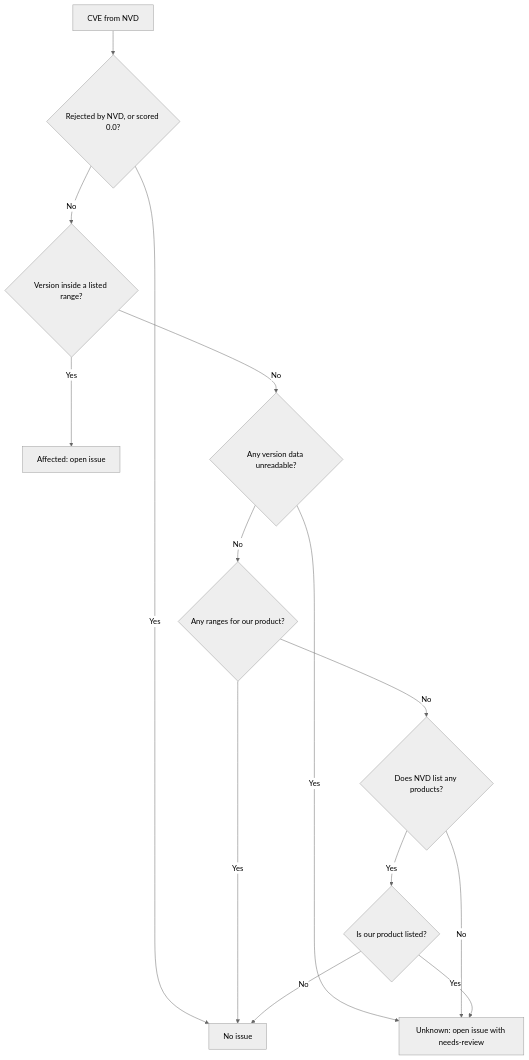
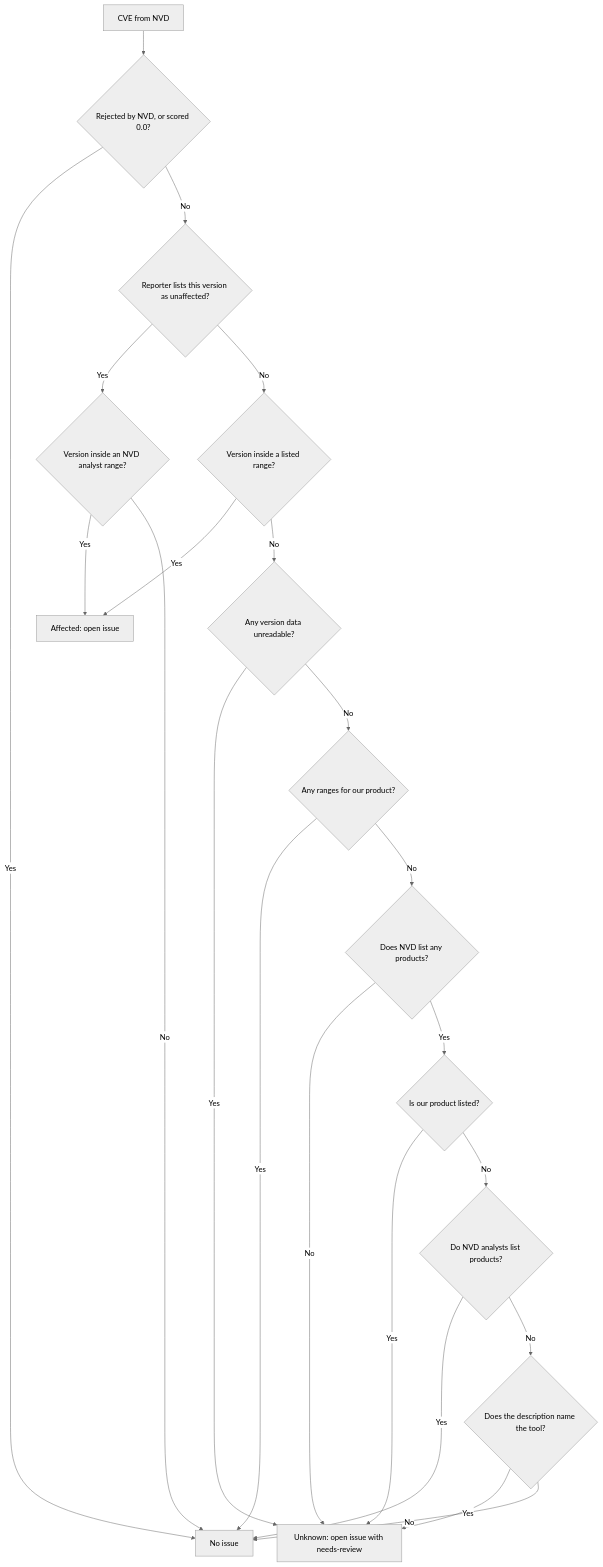
One commit to iamunnip/infra-vuln-watch changed the diagram in docs/diataxis/explanation/how-matching-works.md. Above: the diagram before and after it, drawn with Mermaid (neutral theme). The commit also changed other lines of this file and 49 other files, not shown here.

````diff
--- a/docs/diataxis/explanation/how-matching-works.md
+++ b/docs/diataxis/explanation/how-matching-works.md
@@ -28,16 +28,24 @@
 ```mermaid
 flowchart TD
     start[CVE from NVD] --> rejected{Rejected by NVD, or scored 0.0?}
     rejected -->|Yes| none[No issue]
-    rejected -->|No| inrange{Version inside a listed range?}
-    inrange -->|Yes| affected[Affected: open issue]
+    rejected -->|No| cleared{Reporter lists this version as unaffected?}
+    cleared -->|Yes| analyst{Version inside an NVD analyst range?}
+    analyst -->|Yes| affected[Affected: open issue]
+    analyst -->|No| none
+    cleared -->|No| inrange{Version inside a listed range?}
+    inrange -->|Yes| affected
     inrange -->|No| unread{Any version data unreadable?}
     unread -->|Yes| unknown[Unknown: open issue with needs-review]
     unread -->|No| ranges{Any ranges for our product?}
     ranges -->|Yes| none
     ranges -->|No| data{Does NVD list any products?}
     data -->|No| unknown
     data -->|Yes| ours{Is our product listed?}
     ours -->|Yes| unknown
-    ours -->|No| none
+    ours -->|No| analysed{Do NVD analysts list products?}
+    analysed -->|Yes| none
+    analysed -->|No| named{Does the description name the tool?}
+    named -->|Yes| unknown
+    named -->|No| none
 ```
````
